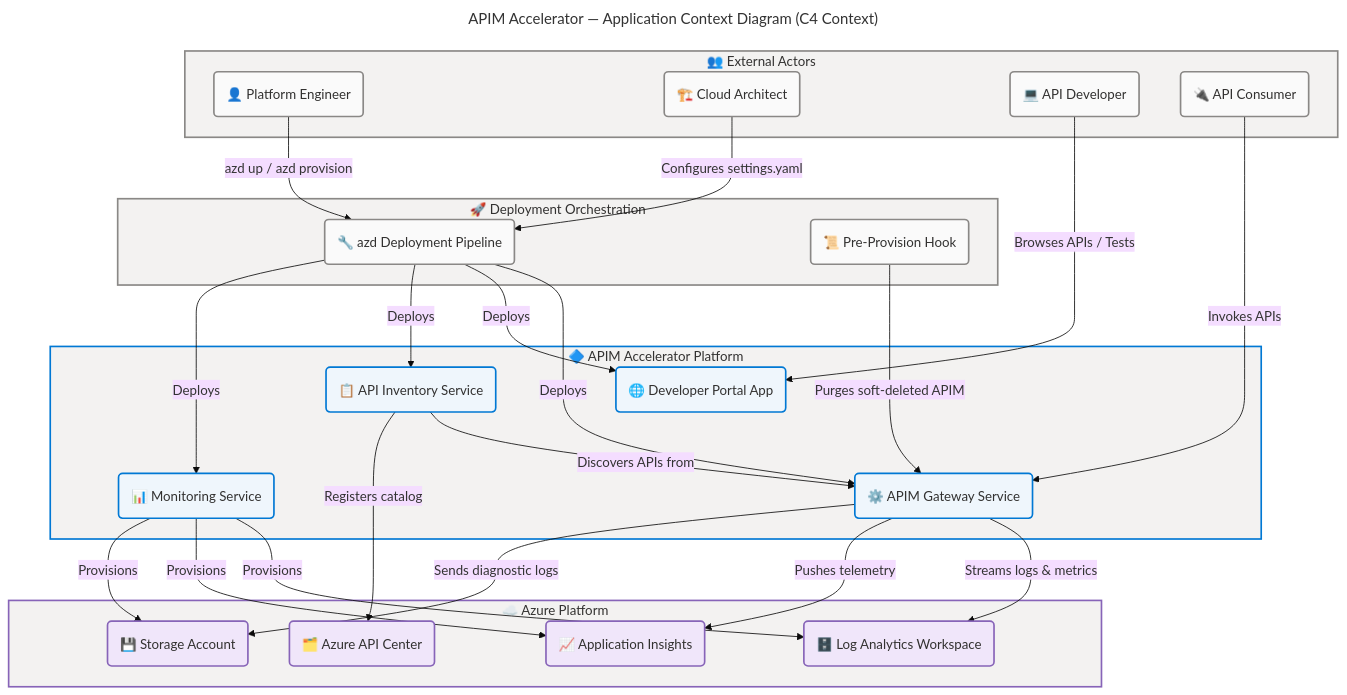
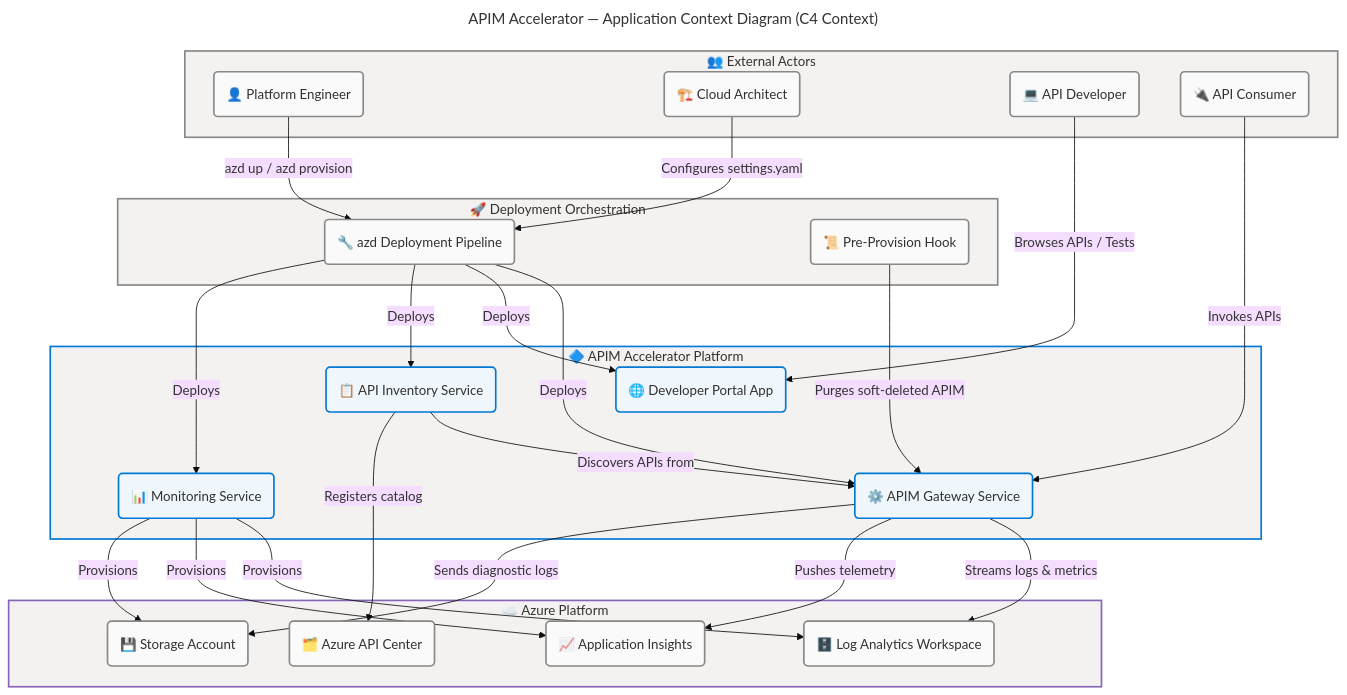
One commit to Evilazaro/APIM-Accelerator changed the first of 8 diagrams in docs/architecture/application-architecture.md. Above: the diagram before and after it, drawn with Mermaid. The commit also changed other lines of this file and 3 other files, not shown here.

````diff
--- a/docs/architecture/application-architecture.md
+++ b/docs/architecture/application-architecture.md
@@ -81,80 +81,79 @@
 ```mermaid
 ---
 title: "APIM Accelerator — Application Context Diagram (C4 Context)"
 config:
   theme: base
   look: classic
   layout: dagre
   themeVariables:
     fontSize: '16px'
   flowchart:
     htmlLabels: true
 ---
 flowchart TB
     accTitle: APIM Accelerator Application Context Diagram
     accDescr: C4 Context diagram showing the four primary application services and their relationships with external actors and downstream consumers
 
     %% ═══════════════════════════════════════════════════════════════════════════
     %% AZURE / FLUENT ARCHITECTURE PATTERN v1.1
     %% (Semantic + Structural + Font + Accessibility Governance)
     %% ═══════════════════════════════════════════════════════════════════════════
     %% PHASE 1 - FLUENT UI: All styling uses approved Fluent UI palette only
     %% PHASE 2 - GROUPS: Every subgraph has semantic color via style directive
     %% PHASE 3 - COMPONENTS: Every node has semantic classDef + icon prefix
     %% PHASE 4 - ACCESSIBILITY: accTitle/accDescr present, WCAG AA contrast
     %% PHASE 5 - STANDARD: Governance block present, classDefs centralized
     %% ═══════════════════════════════════════════════════════════════════════════
 
     subgraph ACTORS["👥 External Actors"]
         PE("👤 Platform Engineer"):::neutral
         ARCH("🏗️ Cloud Architect"):::neutral
         DEV("💻 API Developer"):::neutral
         CON("🔌 API Consumer"):::neutral
     end
 
     subgraph PLATFORM["🔷 APIM Accelerator Platform"]
         APIM("⚙️ APIM Gateway Service"):::core
         PORTAL("🌐 Developer Portal App"):::core
         INVENTORY("📋 API Inventory Service"):::core
         MON("📊 Monitoring Service"):::core
     end
 
     subgraph AZD["🚀 Deployment Orchestration"]
         PIPELINE("🔧 azd Deployment Pipeline"):::neutral
         HOOK("📜 Pre-Provision Hook"):::neutral
     end
 
     subgraph AZURE["☁️ Azure Platform"]
-        LAW("🗄️ Log Analytics Workspace"):::data
-        AI("📈 Application Insights"):::data
-        APICENTER("🗂️ Azure API Center"):::data
-        SA("💾 Storage Account"):::data
+        LAW("🗄️ Log Analytics Workspace"):::neutral
+        AI("📈 Application Insights"):::neutral
+        APICENTER("🗂️ Azure API Center"):::neutral
+        SA("💾 Storage Account"):::neutral
     end
 
     PE -->|"azd up / azd provision"| PIPELINE
     ARCH -->|"Configures settings.yaml"| PIPELINE
     PIPELINE -->|"Deploys"| APIM
     PIPELINE -->|"Deploys"| PORTAL
     PIPELINE -->|"Deploys"| INVENTORY
     PIPELINE -->|"Deploys"| MON
     HOOK -->|"Purges soft-deleted APIM"| APIM
     DEV -->|"Browses APIs / Tests"| PORTAL
     CON -->|"Invokes APIs"| APIM
     APIM -->|"Streams logs & metrics"| LAW
     APIM -->|"Pushes telemetry"| AI
     APIM -->|"Sends diagnostic logs"| SA
     INVENTORY -->|"Discovers APIs from"| APIM
     INVENTORY -->|"Registers catalog"| APICENTER
     MON -->|"Provisions"| LAW
     MON -->|"Provisions"| AI
     MON -->|"Provisions"| SA
 
     classDef neutral fill:#FAFAFA,stroke:#8A8886,stroke-width:2px,color:#323130
     classDef core fill:#EFF6FC,stroke:#0078D4,stroke-width:2px,color:#323130
-    classDef data fill:#F0E6FA,stroke:#8764B8,stroke-width:2px,color:#323130
 
     style ACTORS fill:#F3F2F1,stroke:#8A8886,stroke-width:2px,color:#323130
     style PLATFORM fill:#F3F2F1,stroke:#0078D4,stroke-width:2px,color:#323130
     style AZD fill:#F3F2F1,stroke:#8A8886,stroke-width:2px,color:#323130
     style AZURE fill:#F3F2F1,stroke:#8764B8,stroke-width:2px,color:#323130
 ```
````
